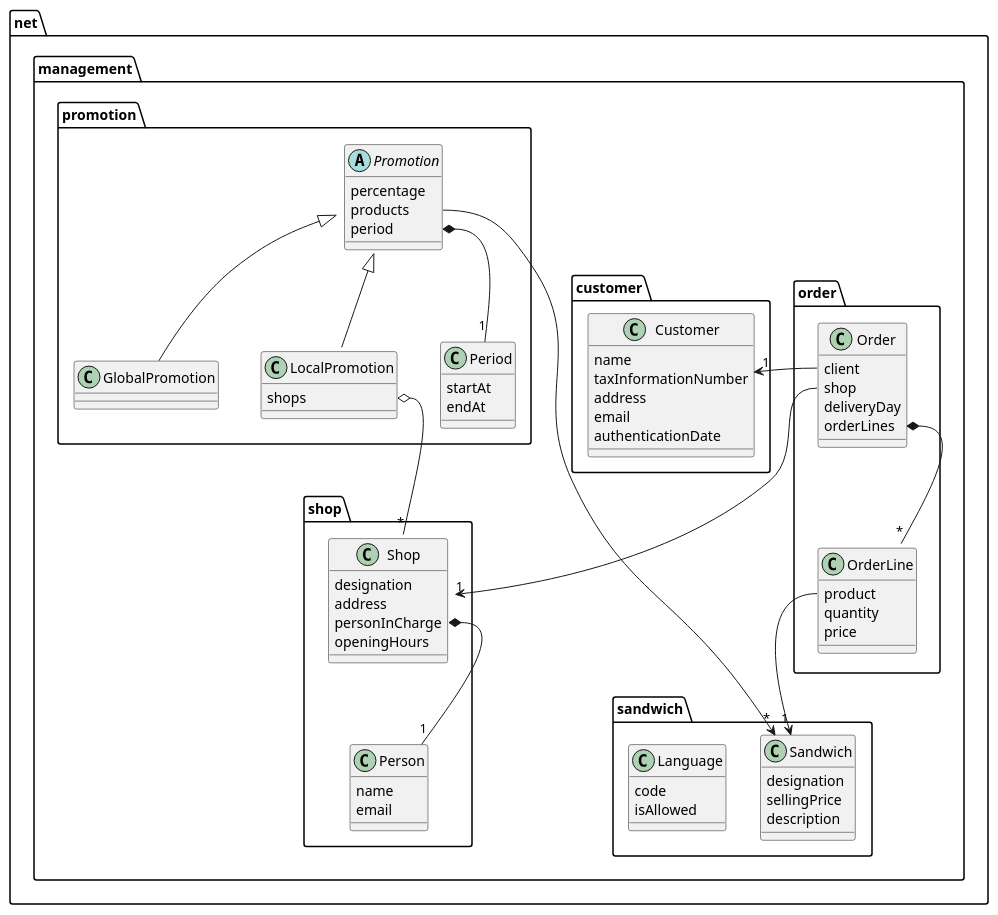
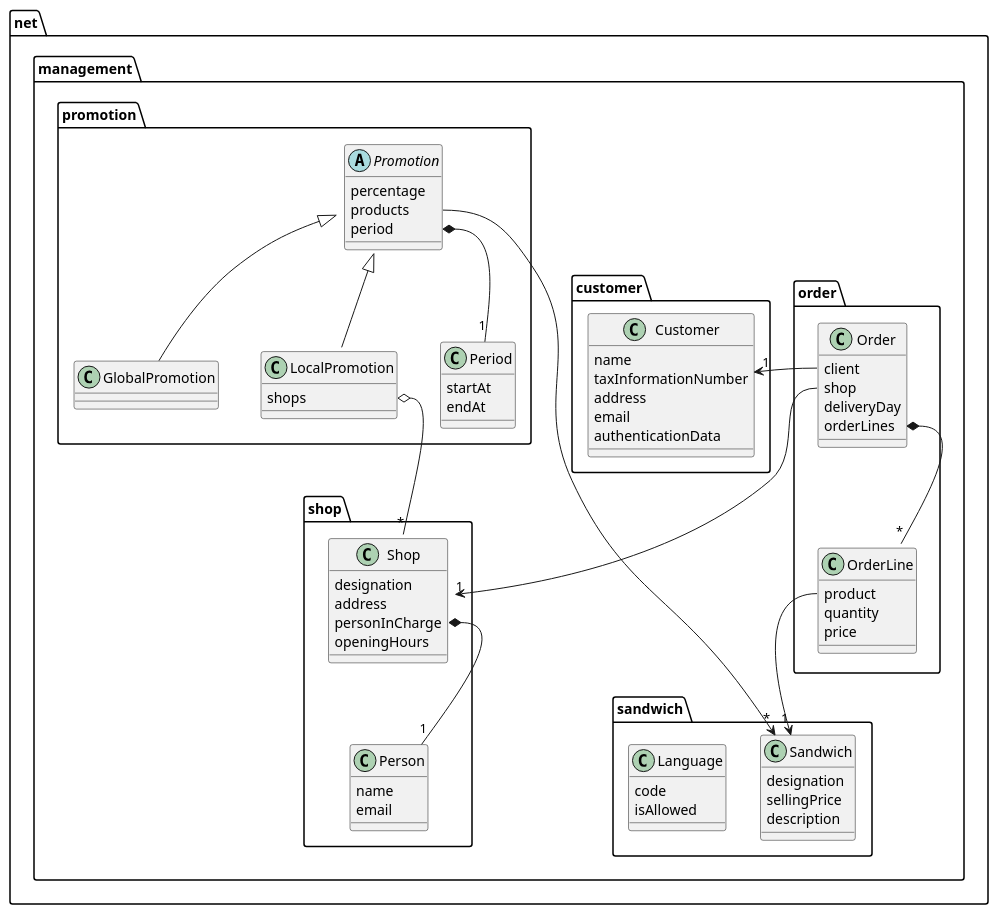
Before and after one commit to ajleandroaj/GorgeousSandwich: the diagram in docs/diagrams/domain_model.puml, drawn with PlantUML. The commit also changed 5 other files, not shown here.

First line of the commit message:
docs(functional-requirements): add clients use cases diagram and its descriptions

```diff
--- a/docs/diagrams/domain_model.puml
+++ b/docs/diagrams/domain_model.puml
@@ -1,82 +1,82 @@
 @startuml
 'https://plantuml.com/class-diagram
 
 namespace net.management.sandwich {
     class Sandwich {
         designation
         sellingPrice
         description
     }
     class Language {
         code
         isAllowed
     }
 }
 
 namespace net.management.shop {
     class Shop {
         designation
         address
         personInCharge
         openingHours
     }
     class Person {
         name
         email
     }
 
     Shop::personInCharge *-- "1" Person
 }
 
 namespace net.management.order {
     class Order {
         client
         shop
         deliveryDay
         orderLines
     }
     class OrderLine {
         product
         quantity
         price
     }
 
     Order::client -> "1" net.management.customer.Customer
     Order::shop --> "1" net.management.shop.Shop
     Order::orderLines *-- "*" OrderLine
     OrderLine::product --> "1" net.management.sandwich.Sandwich
 }
 
 namespace net.management.customer {
     class Customer {
         name
         taxInformationNumber
         address
         email
-        authenticationDate
+        authenticationData
     }
 }
 
 namespace net.management.promotion {
     abstract class Promotion {
         percentage
         products
         period
     }
     class GlobalPromotion
     class LocalPromotion {
         shops
     }
     class Period {
         startAt
         endAt
     }
 
     Promotion <|-- GlobalPromotion
     Promotion <|-- LocalPromotion
     Promotion::products -> "*" net.management.sandwich.Sandwich
     Promotion::period *-- "1" Period
     LocalPromotion::shops o-- "*" net.management.shop.Shop
 }
 
 @enduml
```
